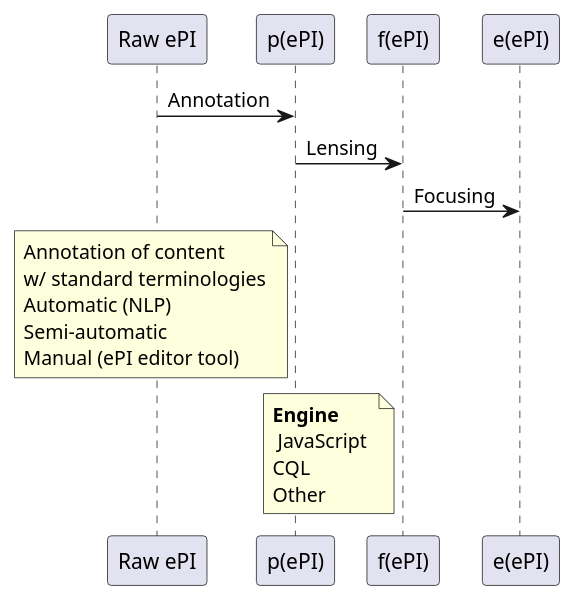
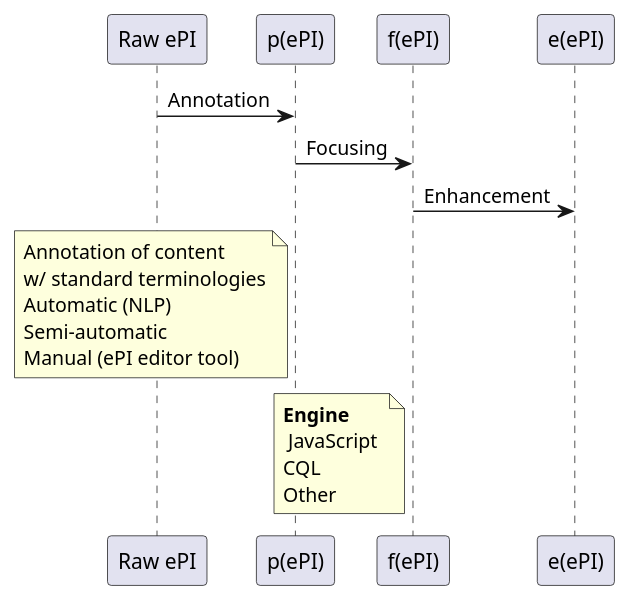
One commit to hl7-eu/gravitate-health changed the diagram in input/images-source/e2e-focusing.plantuml. Above: the diagram before and after it, drawn with PlantUML. The commit also changed 2 other files, not shown here.

```diff
--- a/input/images-source/e2e-focusing.plantuml
+++ b/input/images-source/e2e-focusing.plantuml
@@ -1,17 +1,17 @@
 @startuml 
 
 
 "Raw ePI"-> "p(ePI)": Annotation
 
 
-"p(ePI)"->"f(ePI)": Lensing
+"p(ePI)"->"f(ePI)": Focusing
 
 
-"f(ePI)"->"e(ePI)": Focusing
+"f(ePI)"->"e(ePI)": Enhancement
 
 note left of "p(ePI)": Annotation of content \nw/ standard terminologies\nAutomatic (NLP)\nSemi-automatic\nManual (ePI editor tool)
 
 
 note left of "f(ePI)": **Engine**\n JavaScript \nCQL\nOther
 
 @enduml
```
